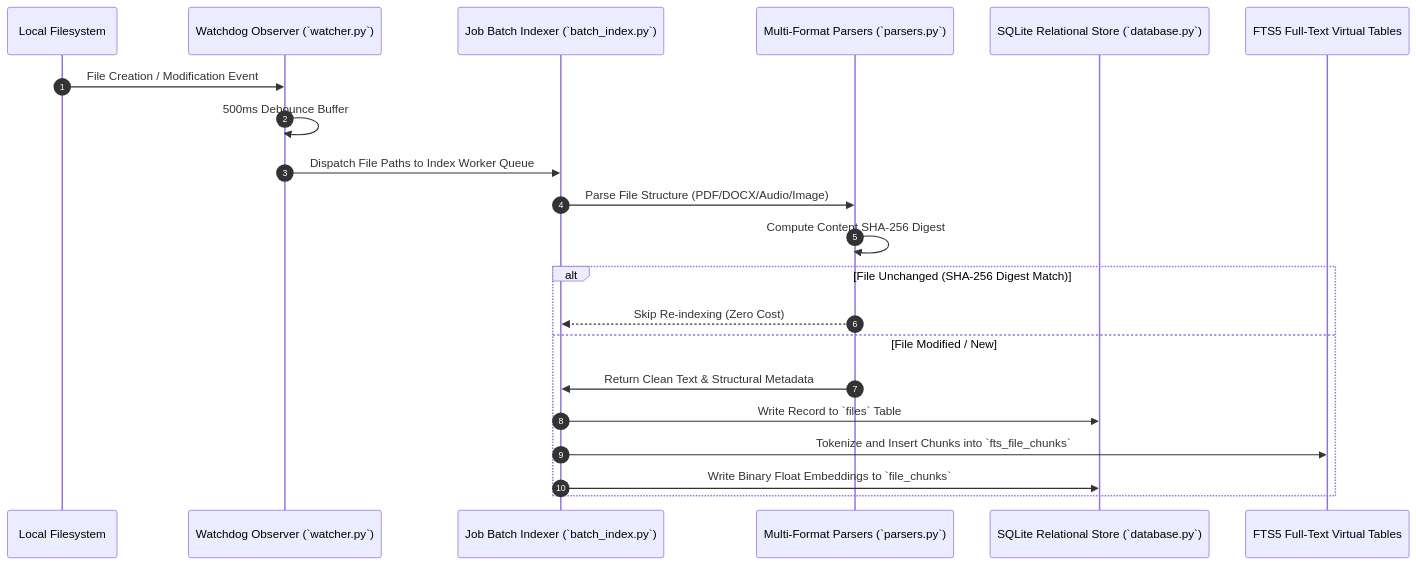
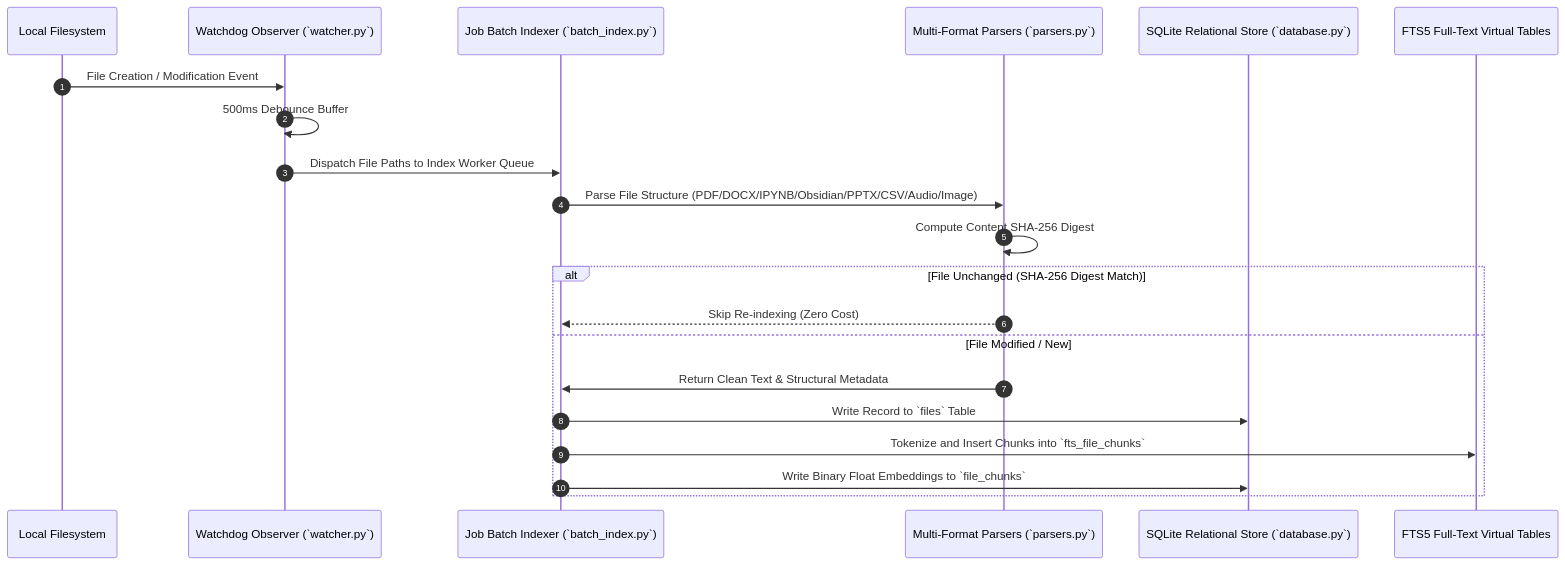
Before and after one commit to SavianAlexander/uroboros-knowledge-engine: the first of 2 diagrams in ARCHITECTURE.md, drawn with Mermaid. The commit also changed 2 other files, not shown here.

Commit message:
docs: update readme, changelog, and architecture blueprint for v3.0.0 tri-engine release [Tududi #922]

````diff
--- a/ARCHITECTURE.md
+++ b/ARCHITECTURE.md
@@ -39,24 +39,24 @@
 ```mermaid
 sequenceDiagram
     autonumber
     participant FS as Local Filesystem
     participant Watch as Watchdog Observer (`watcher.py`)
     participant Batch as Job Batch Indexer (`batch_index.py`)
     participant Parse as Multi-Format Parsers (`parsers.py`)
     participant DB as SQLite Relational Store (`database.py`)
     participant FTS as FTS5 Full-Text Virtual Tables
 
     FS->>Watch: File Creation / Modification Event
     Watch->>Watch: 500ms Debounce Buffer
     Watch->>Batch: Dispatch File Paths to Index Worker Queue
-    Batch->>Parse: Parse File Structure (PDF/DOCX/Audio/Image)
+    Batch->>Parse: Parse File Structure (PDF/DOCX/IPYNB/Obsidian/PPTX/CSV/Audio/Image)
     Parse->>Parse: Compute Content SHA-256 Digest
     alt File Unchanged (SHA-256 Digest Match)
         Parse-->>Batch: Skip Re-indexing (Zero Cost)
     else File Modified / New
         Parse->>Batch: Return Clean Text & Structural Metadata
         Batch->>DB: Write Record to `files` Table
         Batch->>FTS: Tokenize and Insert Chunks into `fts_file_chunks`
         Batch->>DB: Write Binary Float Embeddings to `file_chunks`
     end
 ```
````
